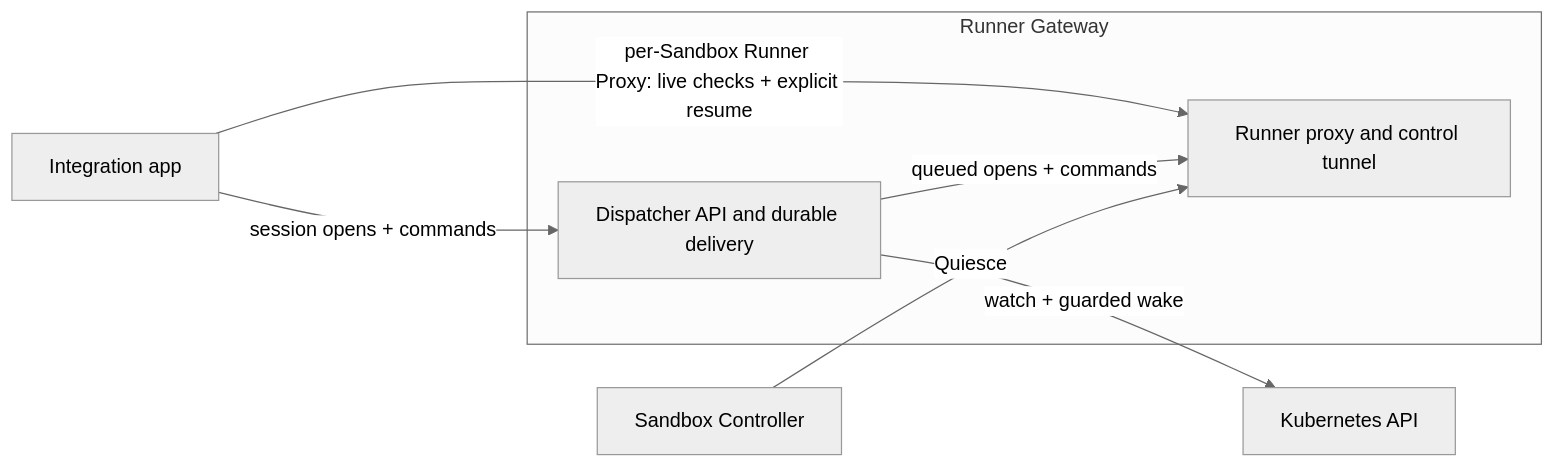
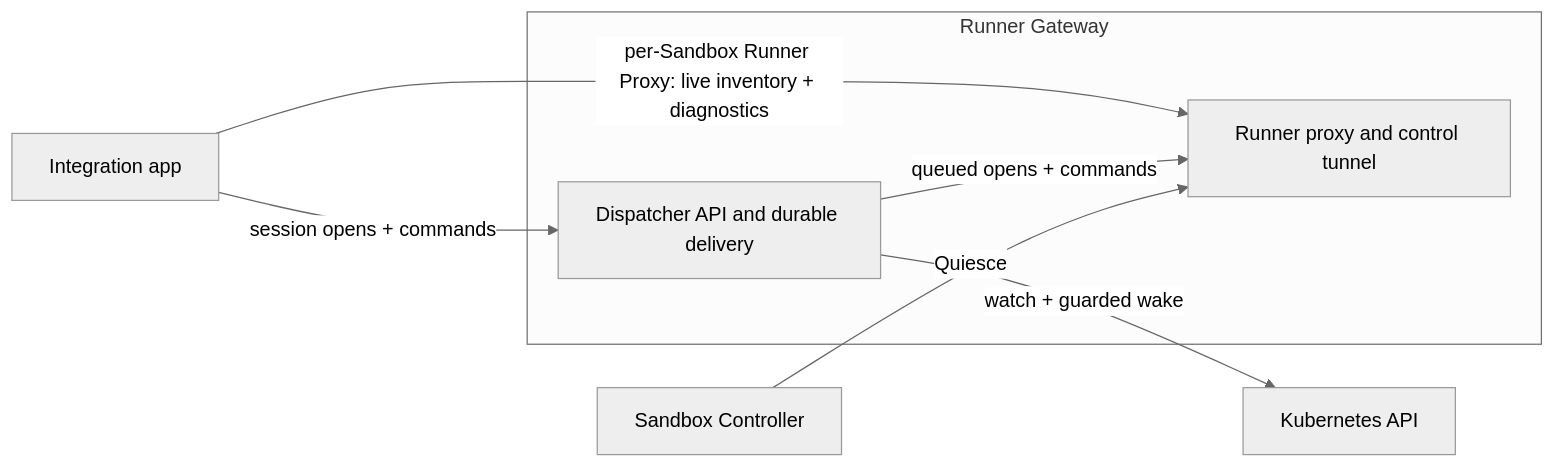
The second of 6 diagrams in agentplane/README.md (agentydragon-agent/ducktape), drawn with Mermaid (neutral theme) before and after one commit. The commit also changed 86 other files, not shown here.

````diff
--- a/agentplane/README.md
+++ b/agentplane/README.md
@@ -135,15 +135,15 @@
 ```mermaid
 flowchart LR
     app[Integration app]
     subgraph unified[Runner Gateway]
         dispatcher[Dispatcher API and durable delivery]
         gateway[Runner proxy and control tunnel]
     end
     sandboxctl[Sandbox Controller]
     k8s[Kubernetes API]
     app -->|session opens + commands| dispatcher
-    app -->|per-Sandbox Runner Proxy: live checks + explicit resume| gateway
+    app -->|per-Sandbox Runner Proxy: live inventory + diagnostics| gateway
     dispatcher -->|queued opens + commands| gateway
     sandboxctl -->|Quiesce| gateway
     dispatcher -->|watch + guarded wake| k8s
 ```
````
